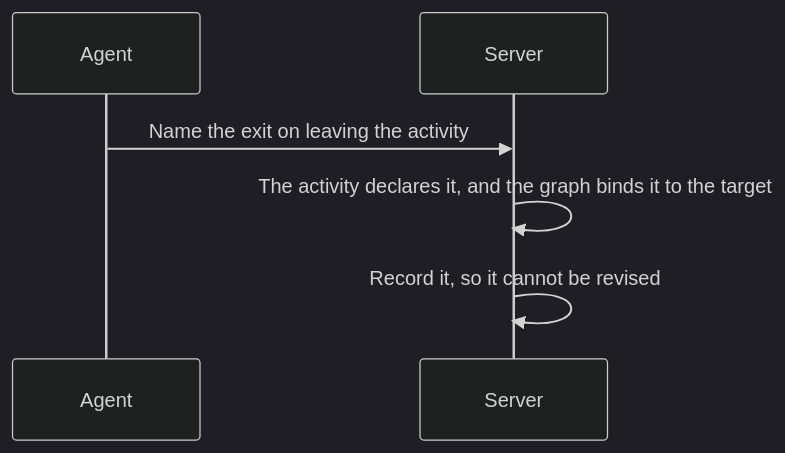
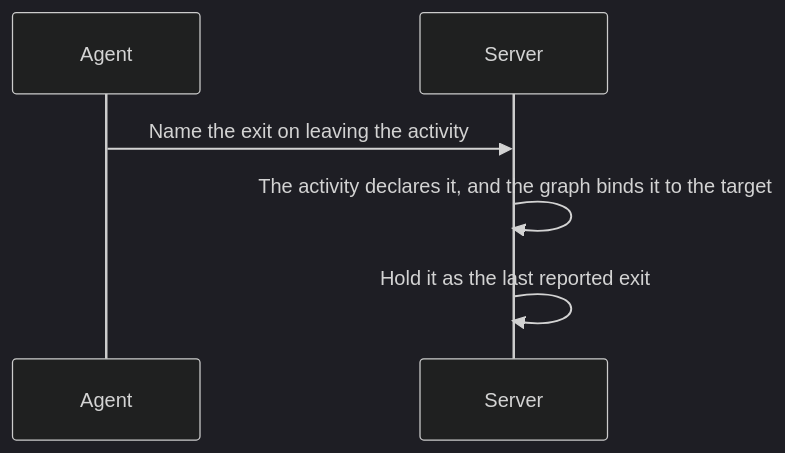
Before and after one commit to m2ux/workflow-server: the ninth of 16 diagrams in docs/fidelity.md, drawn with Mermaid (dark theme). The commit also changed other lines of this file and 17 other files, not shown here.

````diff
--- a/docs/fidelity.md
+++ b/docs/fidelity.md
@@ -192,8 +193,8 @@
 ```mermaid
 sequenceDiagram
   participant Agent
   participant Server
   Agent->>Server: Name the exit on leaving the activity
   Server->>Server: The activity declares it, and the graph binds it to the target
-  Server->>Server: Record it, so it cannot be revised
+  Server->>Server: Hold it as the last reported exit
 ```
````
